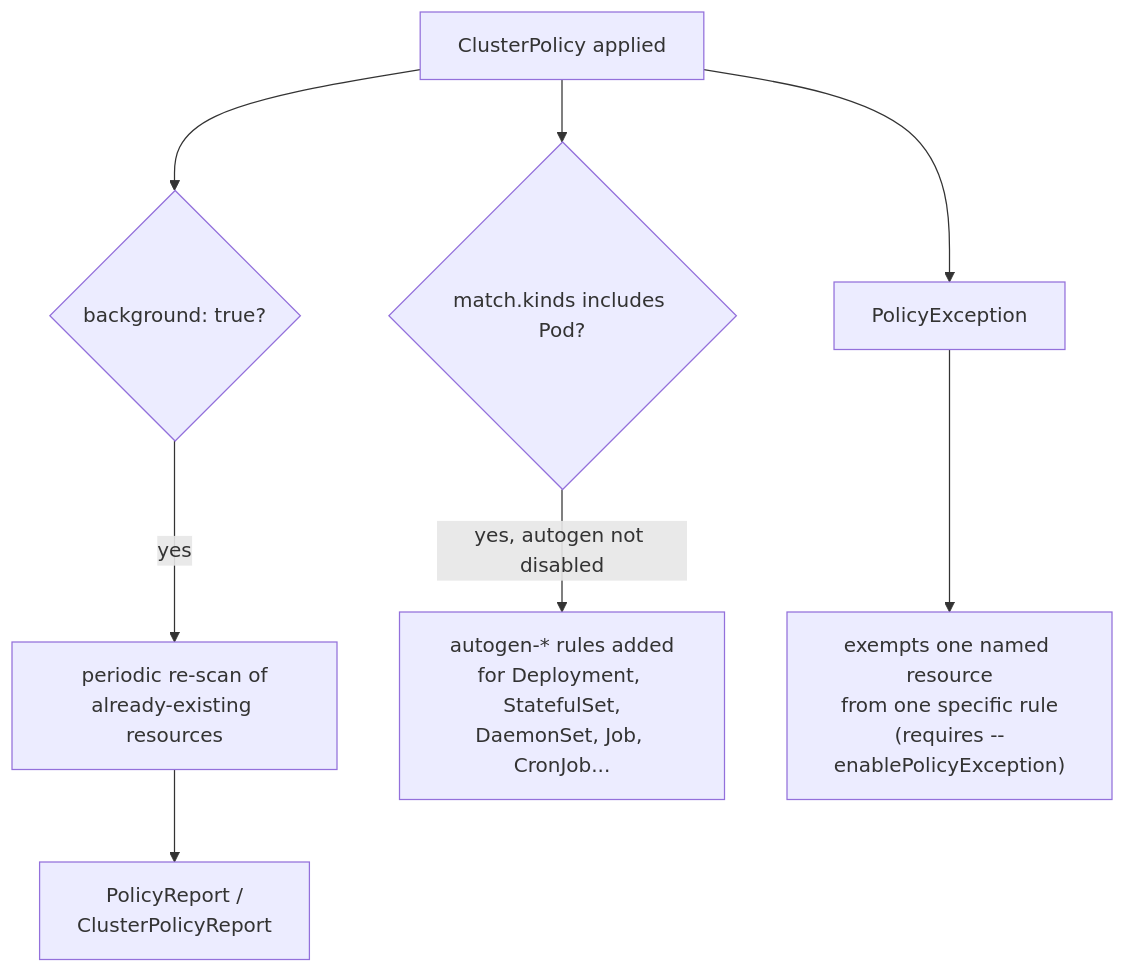
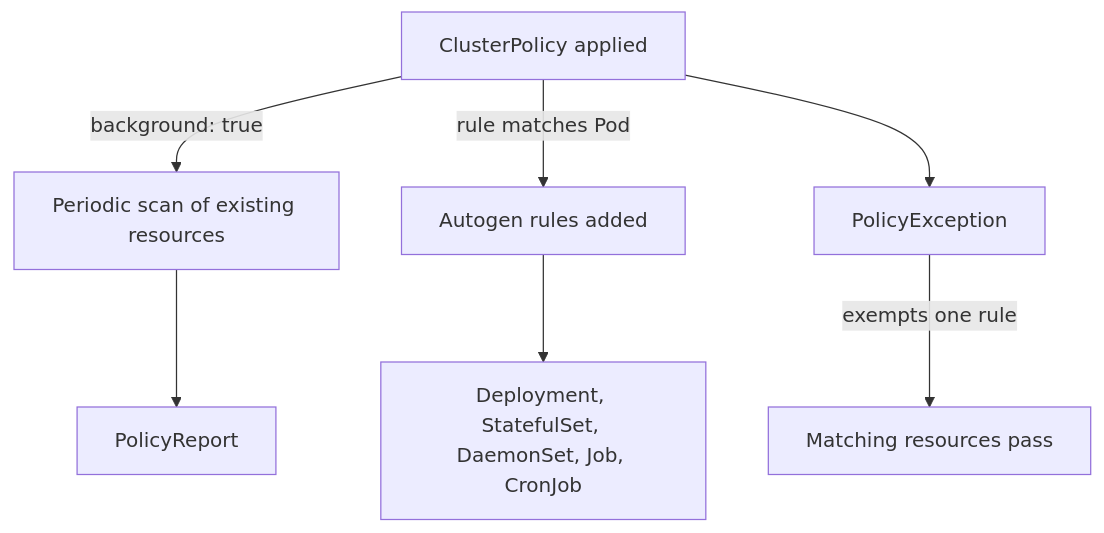
The diagram in sections/section-010/module-02/course.md (astrona-io/ATS010), drawn with Mermaid before and after one commit. The commit also changed other lines of this file and 388 other files, not shown here.

````diff
--- a/sections/section-010/module-02/course.md
+++ b/sections/section-010/module-02/course.md
@@ -5,10 +7,9 @@
 ```mermaid
-flowchart TD
-    A["ClusterPolicy applied"] --> B{"background: true?"}
-    B -->|yes| C["periodic re-scan of<br/>already-existing resources"]
-    C --> D["PolicyReport /<br/>ClusterPolicyReport"]
-    A --> E{"match.kinds includes Pod?"}
-    E -->|yes, autogen not disabled| F["autogen-* rules added<br/>for Deployment, StatefulSet,<br/>DaemonSet, Job, CronJob..."]
-    A --> G["PolicyException"]
-    G --> H["exempts one named resource<br/>from one specific rule<br/>(requires --enablePolicyException)"]
+flowchart TB
+    A["ClusterPolicy applied"] -->|"background: true"| B["Periodic scan of existing resources"]
+    B --> C["PolicyReport"]
+    A -->|"rule matches Pod"| D["Autogen rules added"]
+    D --> E["Deployment, StatefulSet, DaemonSet, Job, CronJob"]
+    A --> F["PolicyException"]
+    F -->|"exempts one rule"| G["Matching resources pass"]
 ```
````
